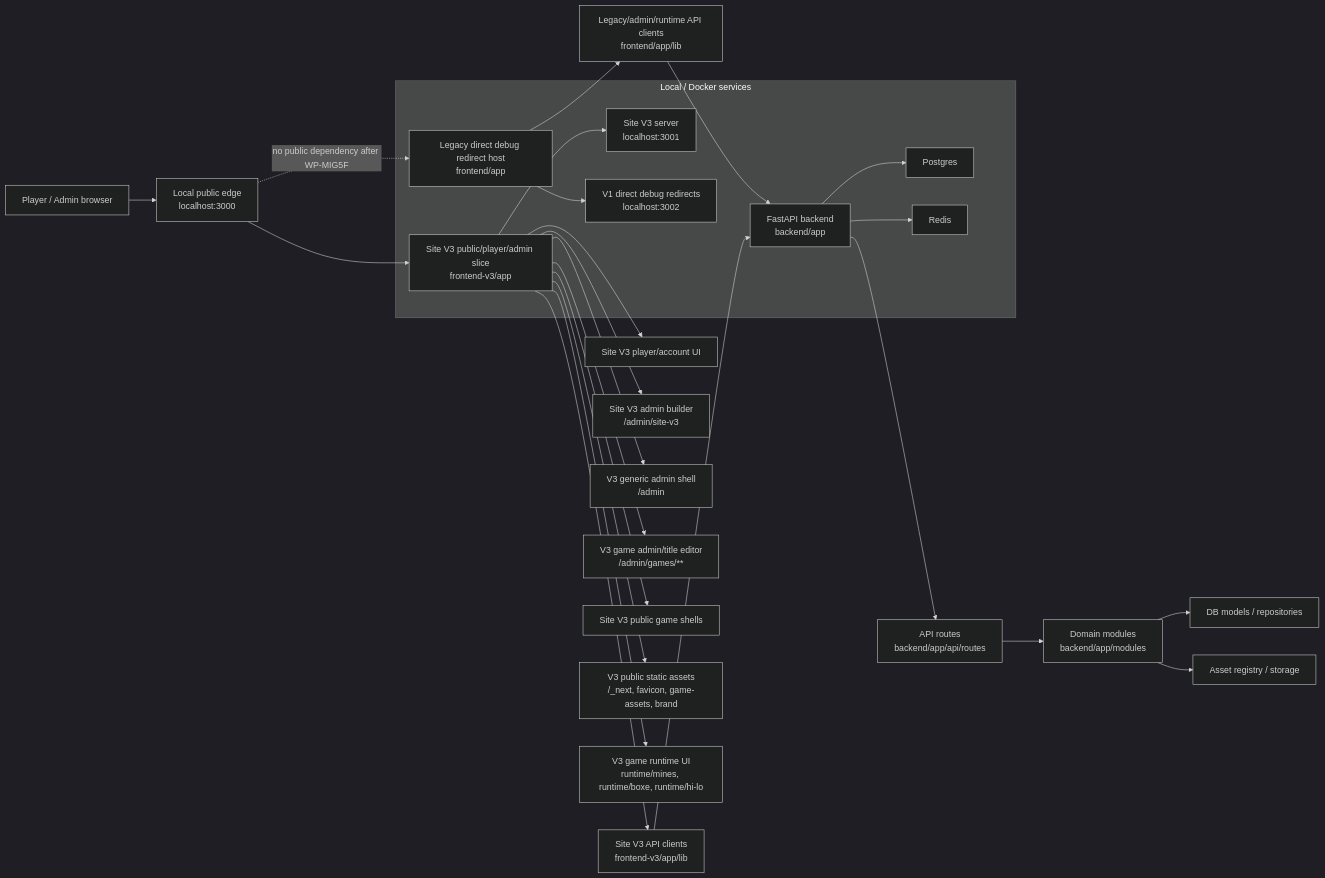
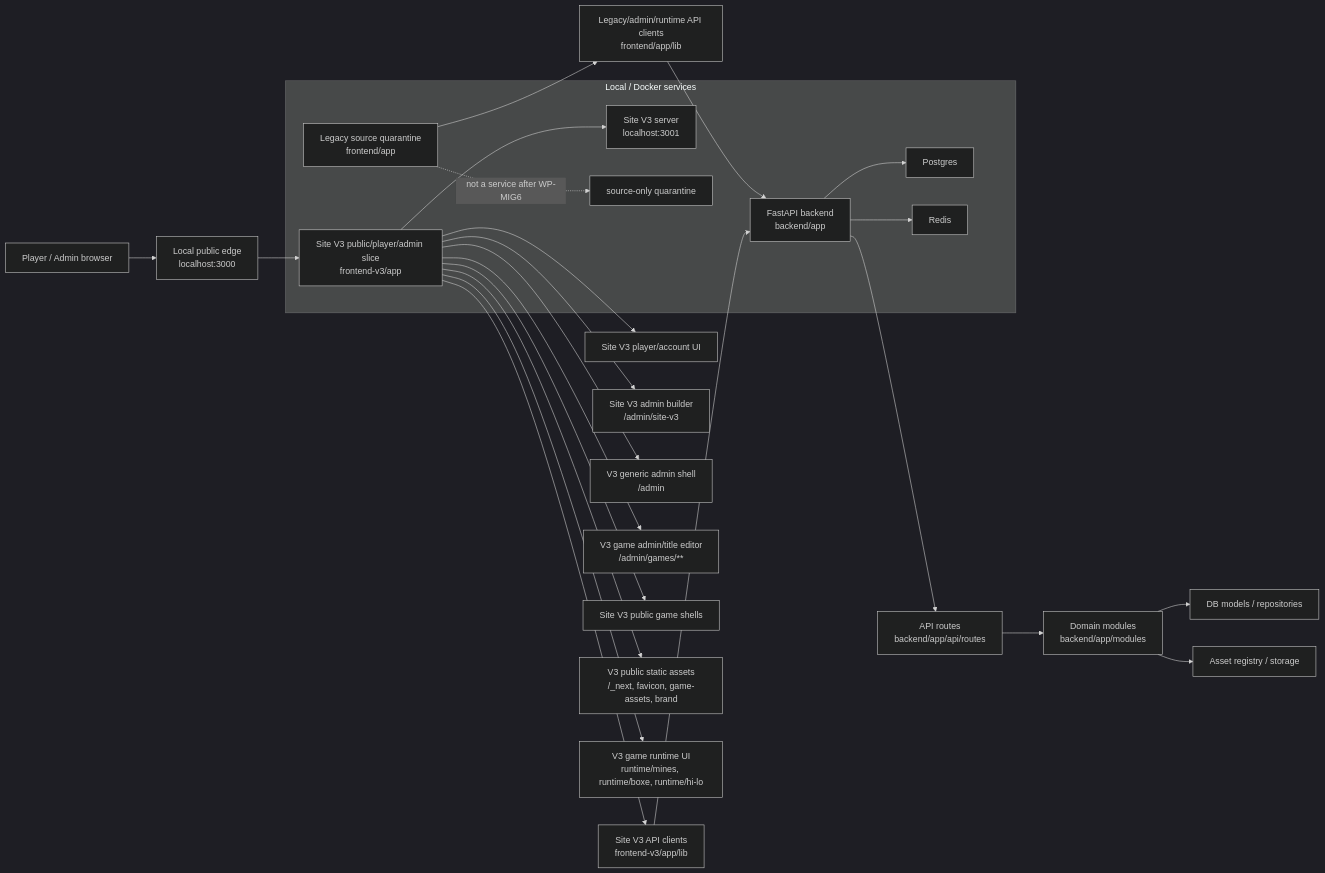
The first of 11 diagrams in docs/CODE_ARCHITECTURE_MERMAID_MAP_2026-05-22.md (moromike/casinoking-platform), drawn with Mermaid (dark theme) before and after one commit. The commit also changed other lines of this file and 23 other files, not shown here.

````diff
--- a/docs/CODE_ARCHITECTURE_MERMAID_MAP_2026-05-22.md
+++ b/docs/CODE_ARCHITECTURE_MERMAID_MAP_2026-05-22.md
@@ -25,30 +25,30 @@
 ```mermaid
 flowchart LR
   User["Player / Admin browser"] --> Edge["Local public edge<br/>localhost:3000"]
   Edge --> FEv3["Site V3 public/player/admin slice<br/>frontend-v3/app"]
-  Edge -. no public dependency after WP-MIG5F .-> FEv1["Legacy direct debug redirect host<br/>frontend/app"]
+  FEv1["Legacy source quarantine<br/>frontend/app"]
   FEv3 --> APIClientV3["Site V3 API clients<br/>frontend-v3/app/lib"]
   FEv1 --> APIClientV1["Legacy/admin/runtime API clients<br/>frontend/app/lib"]
   APIClientV3 --> BE["FastAPI backend<br/>backend/app"]
   APIClientV1 --> BE
 
   subgraph Docker["Local / Docker services"]
     BE --> PG["Postgres"]
     BE --> Redis["Redis"]
     FEv3 --> NextV3["Site V3 server<br/>localhost:3001"]
-    FEv1 --> NextV1["V1 direct debug redirects<br/>localhost:3002"]
+    FEv1 -. not a service after WP-MIG6 .-> LegacySource["source-only quarantine"]
   end
 
   BE --> Routes["API routes<br/>backend/app/api/routes"]
   Routes --> Modules["Domain modules<br/>backend/app/modules"]
   Modules --> DB["DB models / repositories"]
   Modules --> Assets["Asset registry / storage"]
 
   FEv3 --> PlayerUI["Site V3 player/account UI"]
   FEv3 --> SiteV3AdminUI["Site V3 admin builder<br/>/admin/site-v3"]
   FEv3 --> GenericAdminUI["V3 generic admin shell<br/>/admin"]
   FEv3 --> GameAdminUI["V3 game admin/title editor<br/>/admin/games/**"]
   FEv3 --> GameShellUI["Site V3 public game shells"]
   FEv3 --> StaticAssets["V3 public static assets<br/>/_next, favicon, game-assets, brand"]
   FEv3 --> RuntimeUI["V3 game runtime UI<br/>runtime/mines, runtime/boxe, runtime/hi-lo"]
 ```
````
